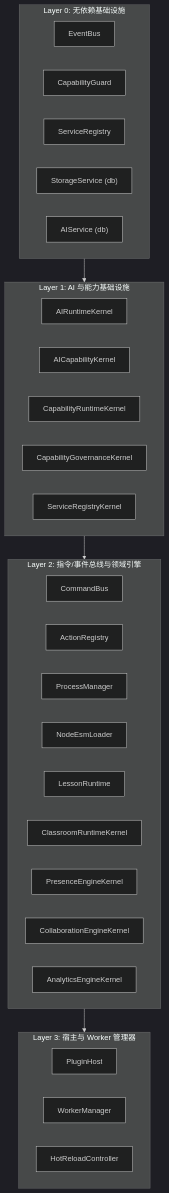
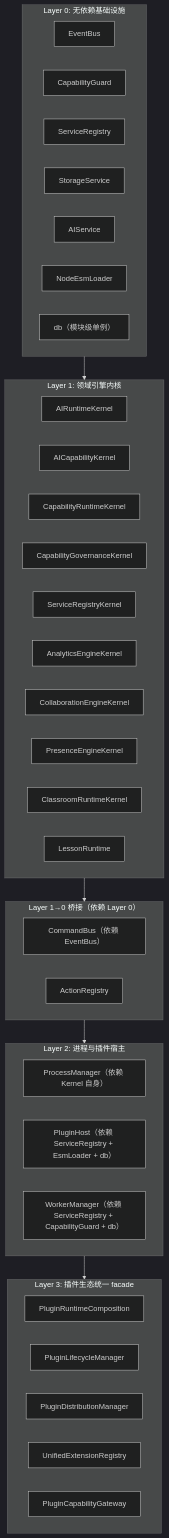
One commit to aymwoo/OpenLearn-Next-V2 changed the diagram in docs/architecture/platform-kernel.md. Above: the diagram before and after it, drawn with Mermaid (dark theme). The commit also changed other lines of this file and 52 other files, not shown here.

````diff
--- a/docs/architecture/platform-kernel.md
+++ b/docs/architecture/platform-kernel.md
@@ -11,40 +13,49 @@
 ```mermaid
 graph TD
     subgraph Layer0["Layer 0: 无依赖基础设施"]
         L0_1["EventBus"]
         L0_2["CapabilityGuard"]
         L0_3["ServiceRegistry"]
-        L0_4["StorageService (db)"]
-        L0_5["AIService (db)"]
+        L0_4["StorageService"]
+        L0_5["AIService"]
+        L0_6["NodeEsmLoader"]
+        L0_7["db（模块级单例）"]
     end
 
-    subgraph Layer1["Layer 1: AI 与能力基础设施"]
+    subgraph Layer1["Layer 1: 领域引擎内核"]
         L1_1["AIRuntimeKernel"]
         L1_2["AICapabilityKernel"]
         L1_3["CapabilityRuntimeKernel"]
         L1_4["CapabilityGovernanceKernel"]
         L1_5["ServiceRegistryKernel"]
+        L1_6["AnalyticsEngineKernel"]
+        L1_7["CollaborationEngineKernel"]
+        L1_8["PresenceEngineKernel"]
+        L1_9["ClassroomRuntimeKernel"]
+        L1_10["LessonRuntime"]
     end
 
-    subgraph Layer2["Layer 2: 指令/事件总线与领域引擎"]
-        L2_1["CommandBus"]
-        L2_2["ActionRegistry"]
-        L2_3["ProcessManager"]
-        L2_4["NodeEsmLoader"]
-        L2_5["LessonRuntime"]
-        L2_6["ClassroomRuntimeKernel"]
-        L2_7["PresenceEngineKernel"]
-        L2_8["CollaborationEngineKernel"]
-        L2_9["AnalyticsEngineKernel"]
+    subgraph Layer1B["Layer 1→0 桥接（依赖 Layer 0）"]
+        L1B_1["CommandBus（依赖 EventBus）"]
+        L1B_2["ActionRegistry"]
     end
 
-    subgraph Layer3["Layer 3: 宿主与 Worker 管理器"]
-        L3_1["PluginHost"]
-        L3_2["WorkerManager"]
-        L3_3["HotReloadController"]
+    subgraph Layer2["Layer 2: 进程与插件宿主"]
+        L2_1["ProcessManager（依赖 Kernel 自身）"]
+        L2_2["PluginHost（依赖 ServiceRegistry + EsmLoader + db）"]
+        L2_3["WorkerManager（依赖 ServiceRegistry + CapabilityGuard + db）"]
+    end
+
+    subgraph Layer3["Layer 3: 插件生态统一 facade"]
+        L3_1["PluginRuntimeComposition"]
+        L3_2["PluginLifecycleManager"]
+        L3_3["PluginDistributionManager"]
+        L3_4["UnifiedExtensionRegistry"]
+        L3_5["PluginCapabilityGateway"]
     end
 
     Layer0 --> Layer1
-    Layer1 --> Layer2
+    Layer1 --> Layer1B
+    Layer1B --> Layer2
     Layer2 --> Layer3
 ```
````
